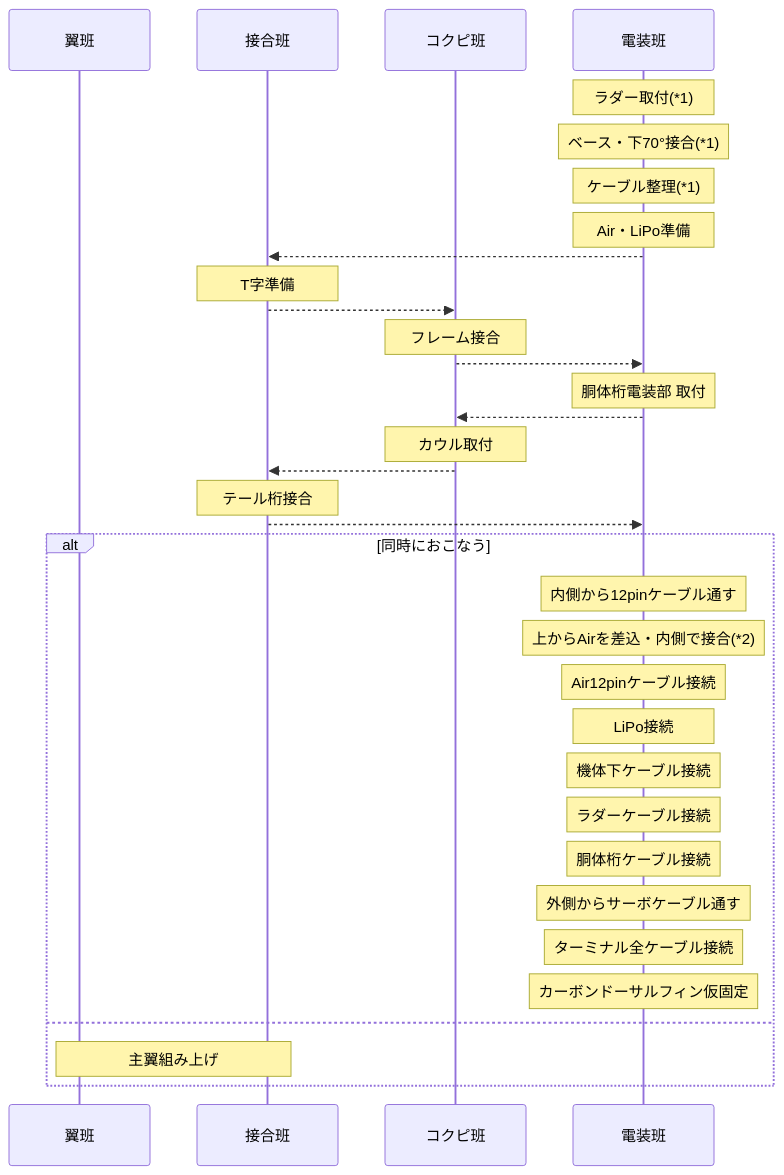
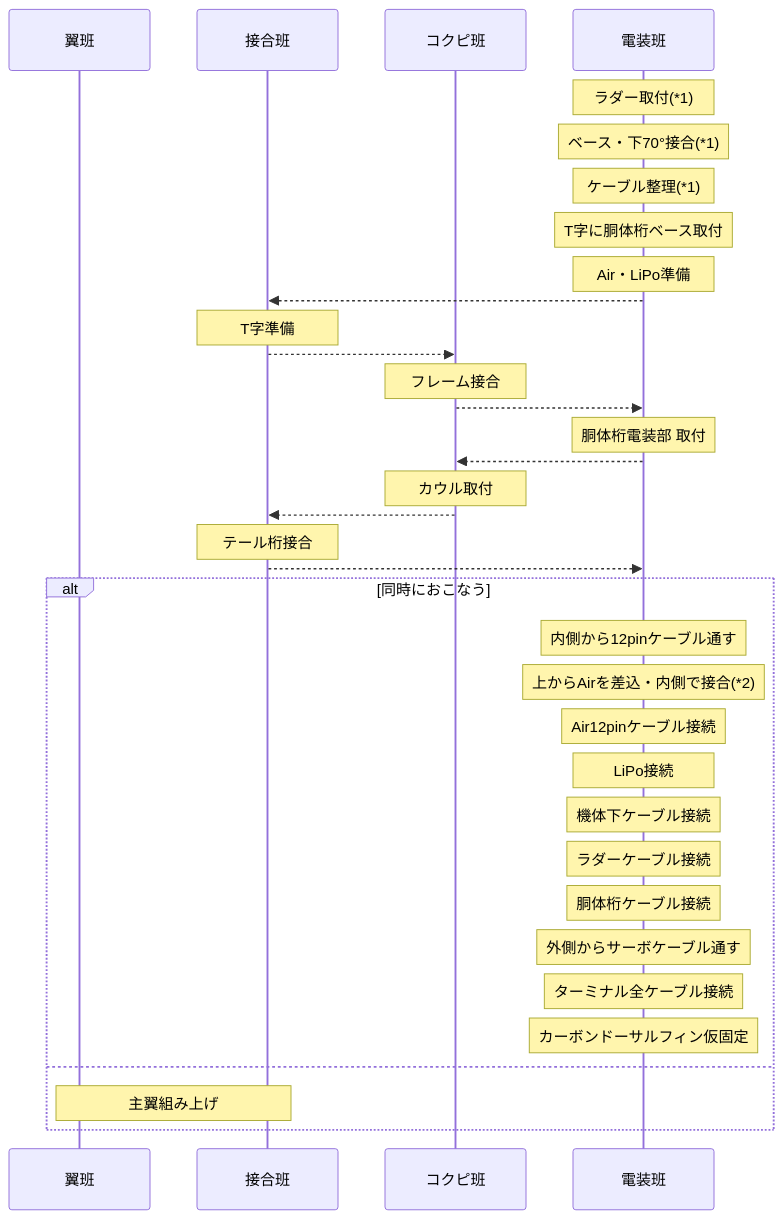
One commit to torica-org/electronics-blog changed the fourth of 6 diagrams in docs/works/2026-avionics.md. Above: the diagram before and after it, drawn with Mermaid. The commit also changed other lines of this file, not shown here.

```diff
--- a/docs/works/2026-avionics.md
+++ b/docs/works/2026-avionics.md
@@ -225,37 +225,38 @@
 <pre class="mermaid" style="background-color:white;width:500px;">
 sequenceDiagram
     participant wing as 翼班
     participant assem as 接合班
     participant cockpit as コクピ班
     participant elec as 電装班
 
     Note over elec: ラダー取付(*1)
     Note over elec: ベース・下70°接合(*1)
     Note over elec: ケーブル整理(*1)
+    Note over elec: T字に胴体桁ベース取付
     Note over elec: Air・LiPo準備
     elec -->> assem:
     Note over assem: T字準備
     assem -->> cockpit:
     Note over cockpit: フレーム接合
     cockpit -->> elec:
     Note over elec: 胴体桁電装部 取付
     elec -->> cockpit:
     Note over cockpit: カウル取付
     cockpit -->> assem:
     Note over assem: テール桁接合
     assem -->> elec:
     alt 同時におこなう
         Note over elec: 内側から12pinケーブル通す
         Note over elec: 上からAirを差込・内側で接合(*2)
         Note over elec: Air12pinケーブル接続
         Note over elec: LiPo接続
         Note over elec: 機体下ケーブル接続
         Note over elec: ラダーケーブル接続
         Note over elec: 胴体桁ケーブル接続
         Note over elec: 外側からサーボケーブル通す
         Note over elec: ターミナル全ケーブル接続
         Note over elec: カーボンドーサルフィン仮固定
     else
         Note over wing,assem: 主翼組み上げ
     end
 </pre>
```
